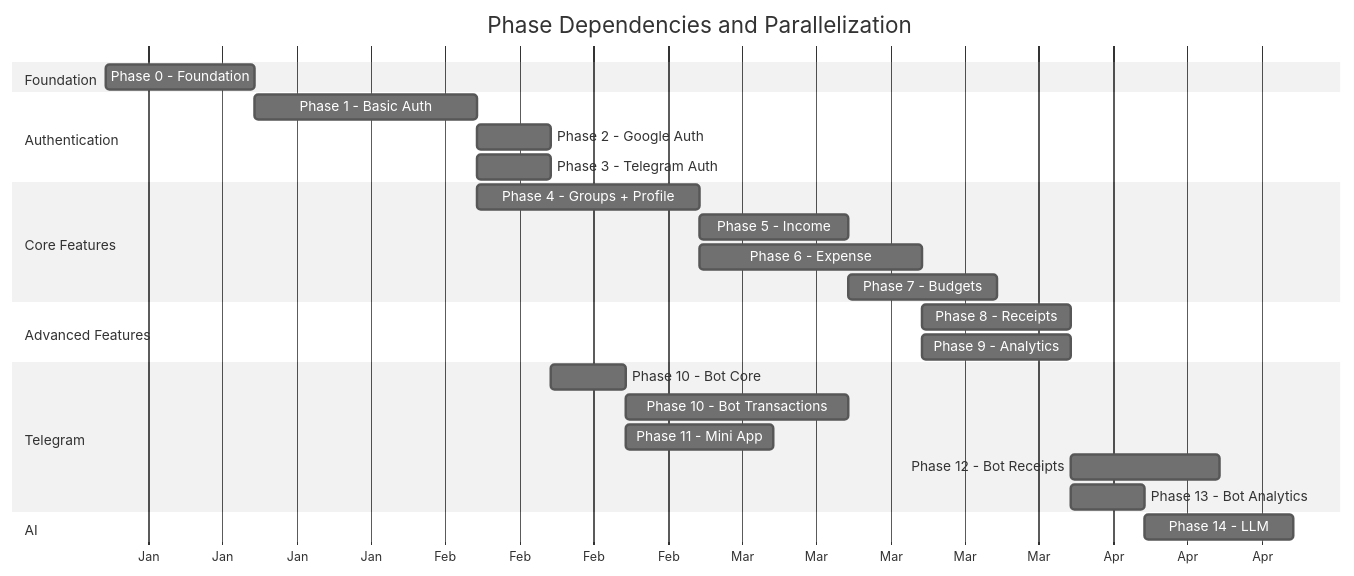
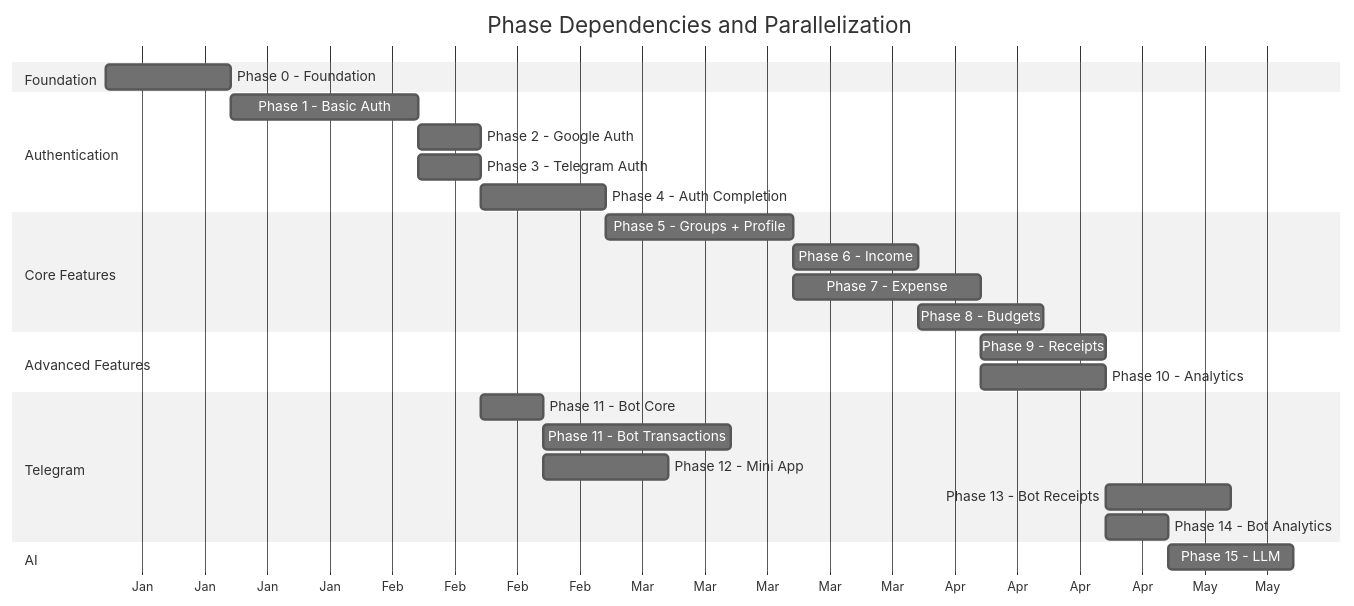
Before and after one commit to Aleksei-Michnik/myfinpro: the sixth of 6 diagrams in IMPLEMENTATION-PLAN.md, drawn with Mermaid (neutral theme). The commit also changed other lines of this file and 2 other files, not shown here.

First line of the commit message:
docs: add Phase 4 (Auth Completion & Legal Pages) design and update plans

````diff
--- a/IMPLEMENTATION-PLAN.md
+++ b/IMPLEMENTATION-PLAN.md
@@ -839,34 +861,35 @@
 ```mermaid
 gantt
     title Phase Dependencies and Parallelization
     dateFormat YYYY-MM-DD
     axisFormat %b
 
     section Foundation
     Phase 0 - Foundation           :p0, 2025-01-01, 14d
 
     section Authentication
     Phase 1 - Basic Auth           :p1, after p0, 21d
     Phase 2 - Google Auth          :p2, after p1, 7d
     Phase 3 - Telegram Auth        :p3, after p1, 7d
+    Phase 4 - Auth Completion      :p4, after p3, 14d
 
     section Core Features
-    Phase 4 - Groups + Profile     :p4, after p1, 21d
-    Phase 5 - Income               :p5, after p4, 14d
-    Phase 6 - Expense              :p6, after p4, 21d
-    Phase 7 - Budgets              :p7, after p5, 14d
+    Phase 5 - Groups + Profile     :p5, after p4, 21d
+    Phase 6 - Income               :p6, after p5, 14d
+    Phase 7 - Expense              :p7, after p5, 21d
+    Phase 8 - Budgets              :p8, after p6, 14d
 
     section Advanced Features
-    Phase 8 - Receipts             :p8, after p6, 14d
-    Phase 9 - Analytics            :p9, after p6, 14d
+    Phase 9 - Receipts             :p9, after p7, 14d
+    Phase 10 - Analytics           :p10, after p7, 14d
 
     section Telegram
-    Phase 10 - Bot Core            :p10a, after p3, 7d
-    Phase 10 - Bot Transactions    :p10b, after p10a, 21d
-    Phase 11 - Mini App            :p11, after p10a, 14d
-    Phase 12 - Bot Receipts        :p12, after p8, 14d
-    Phase 13 - Bot Analytics       :p13, after p9, 7d
+    Phase 11 - Bot Core            :p11a, after p3, 7d
+    Phase 11 - Bot Transactions    :p11b, after p11a, 21d
+    Phase 12 - Mini App            :p12, after p11a, 14d
+    Phase 13 - Bot Receipts        :p13, after p9, 14d
+    Phase 14 - Bot Analytics       :p14, after p10, 7d
 
     section AI
-    Phase 14 - LLM                 :p14, after p13, 14d
+    Phase 15 - LLM                 :p15, after p14, 14d
 ```
````
